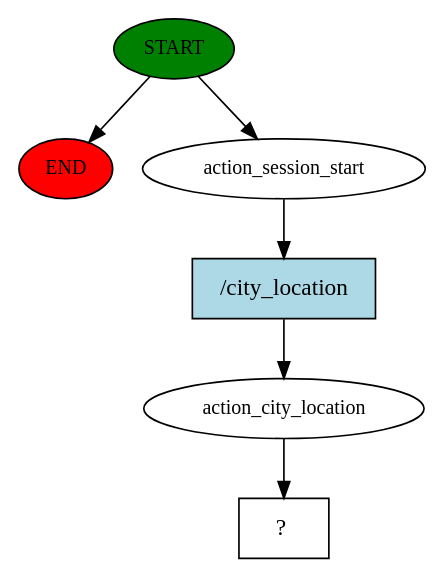
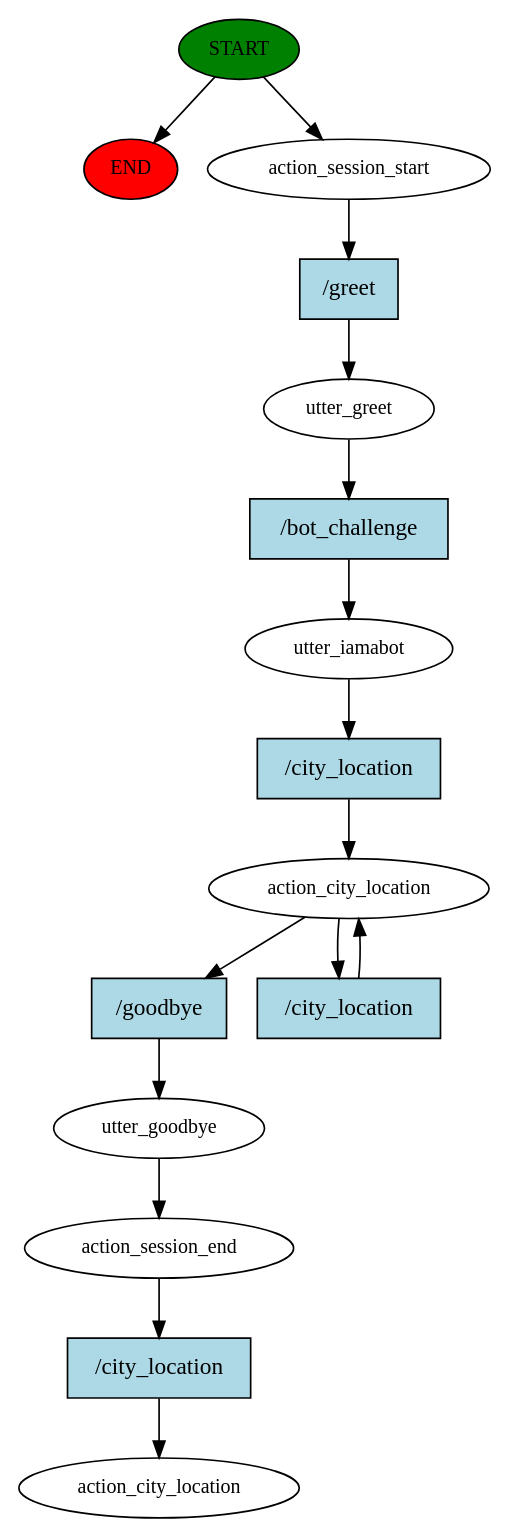
One commit to MaxenV/CityBreak changed the diagram in app/story_graph.dot. Above: the diagram before and after it, drawn with Graphviz. The commit also changed 4 other files, not shown here.

```diff
--- a/app/story_graph.dot
+++ b/app/story_graph.dot
@@ -1,13 +1,32 @@
 digraph  {
 0 [class="start active", fillcolor=green, fontsize=12, label=START, style=filled];
 "-1" [class=end, fillcolor=red, fontsize=12, label=END, style=filled];
 1 [class=active, fontsize=12, label=action_session_start];
-2 [class=active, fontsize=12, label=action_city_location];
-3 [class="intent dashed active", label="  ?  ", shape=rect];
-4 [class="intent active", fillcolor=lightblue, label="/city_location", shape=rect, style=filled];
+2 [class=active, fontsize=12, label=utter_greet];
+3 [class=active, fontsize=12, label=utter_iamabot];
+4 [class=active, fontsize=12, label=action_city_location];
+6 [class=active, fontsize=12, label=utter_goodbye];
+7 [class=active, fontsize=12, label=action_session_end];
+8 [class="dashed active", fontsize=12, label=action_city_location];
+9 [class="intent active", fillcolor=lightblue, label="/greet", shape=rect, style=filled];
+10 [class="intent active", fillcolor=lightblue, label="/bot_challenge", shape=rect, style=filled];
+11 [class="intent active", fillcolor=lightblue, label="/city_location", shape=rect, style=filled];
+12 [class="intent active", fillcolor=lightblue, label="/goodbye", shape=rect, style=filled];
+13 [class="intent active", fillcolor=lightblue, label="/city_location", shape=rect, style=filled];
+14 [class="intent active", fillcolor=lightblue, label="/city_location", shape=rect, style=filled];
 0 -> "-1"  [class="", key=NONE, label=""];
 0 -> 1  [class=active, key=NONE, label=""];
-1 -> 4  [class=active, key=0];
-2 -> 3  [class=active, key=NONE, label=""];
-4 -> 2  [class=active, key=0];
+1 -> 9  [class=active, key=0];
+2 -> 10  [class=active, key=0];
+3 -> 11  [class=active, key=0];
+4 -> 12  [class=active, key=0];
+4 -> 13  [class=active, key=0];
+6 -> 7  [class=active, key=NONE, label=""];
+7 -> 14  [class=active, key=0];
+9 -> 2  [class=active, key=0];
+10 -> 3  [class=active, key=0];
+11 -> 4  [class=active, key=0];
+12 -> 6  [class=active, key=0];
+13 -> 4  [class=active, key=0];
+14 -> 8  [class=active, key=0];
 }
```
